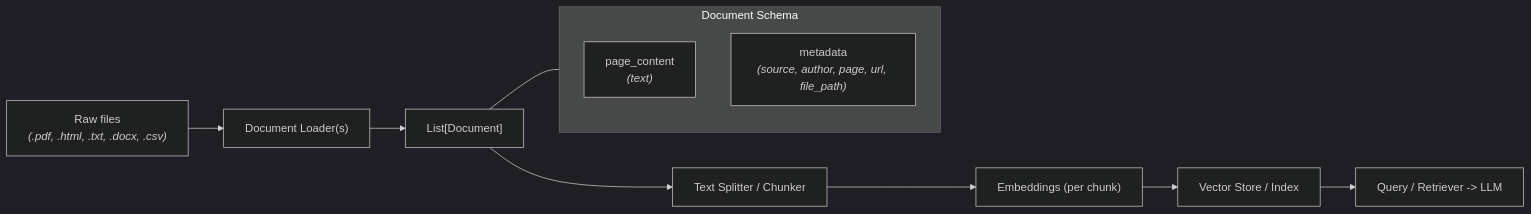
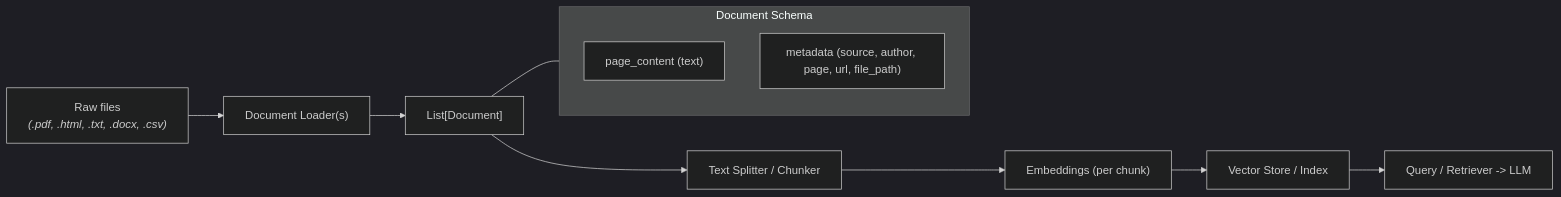
The first of 5 diagrams in know/knowledge.md (GreninjaCd/lang-course), drawn with Mermaid (dark theme) before and after one commit. The commit also changed other lines of this file and 5 other files, not shown here.

````diff
--- a/know/knowledge.md
+++ b/know/knowledge.md
@@ -9,15 +20,15 @@
 ```mermaid
 flowchart LR
     A["Raw files<br><i>(.pdf, .html, .txt, .docx, .csv)</i>"] --> B["Document Loader(s)"]
     B --> C["List[Document]"]
     C --> D["Text Splitter / Chunker"]
     D --> E["Embeddings (per chunk)"]
     E --> F["Vector Store / Index"]
     F --> G["Query / Retriever -> LLM"]
 
     subgraph Schema ["Document Schema"]
-        H["page_content<br><i>(text)</i>"]
-        I["metadata<br><i>(source, author, page, url, file_path)</i>"]
+        H["page_content (text)"]
+        I["metadata (source, author, page, url, file_path)"]
     end
     C --- Schema
 ```
````
